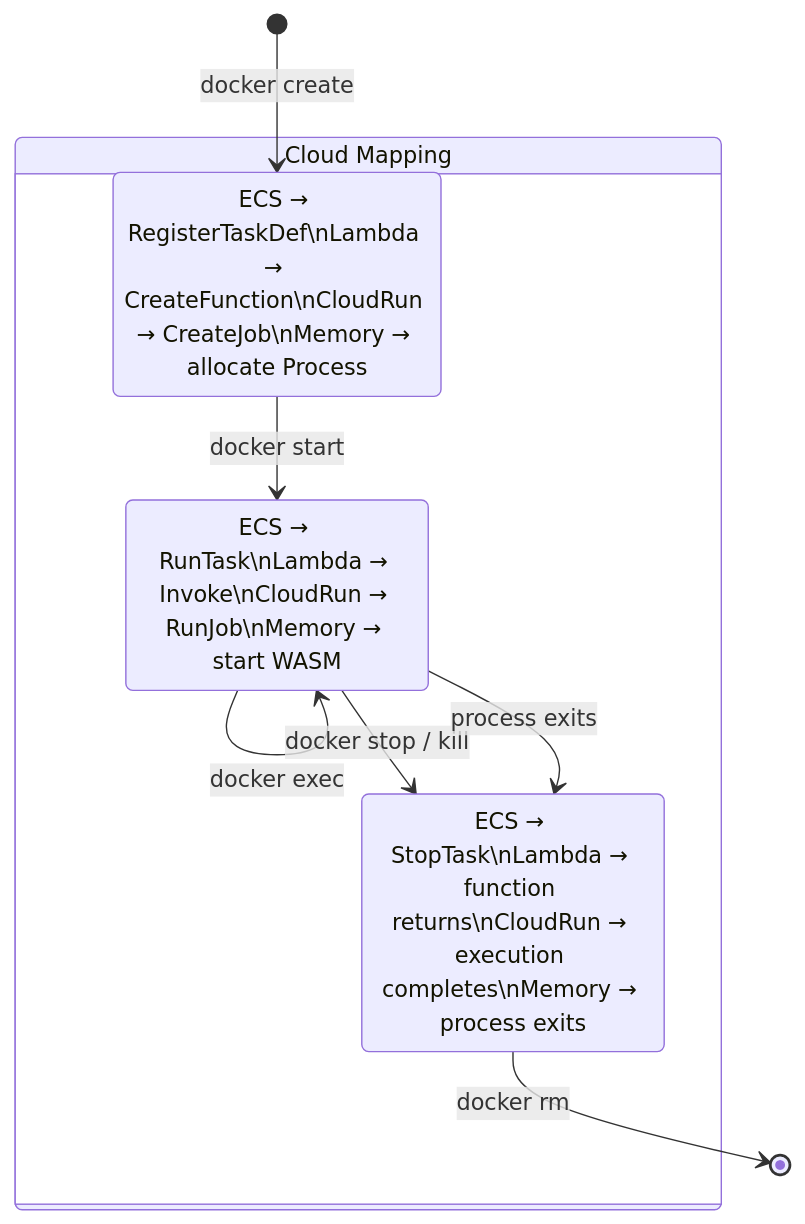
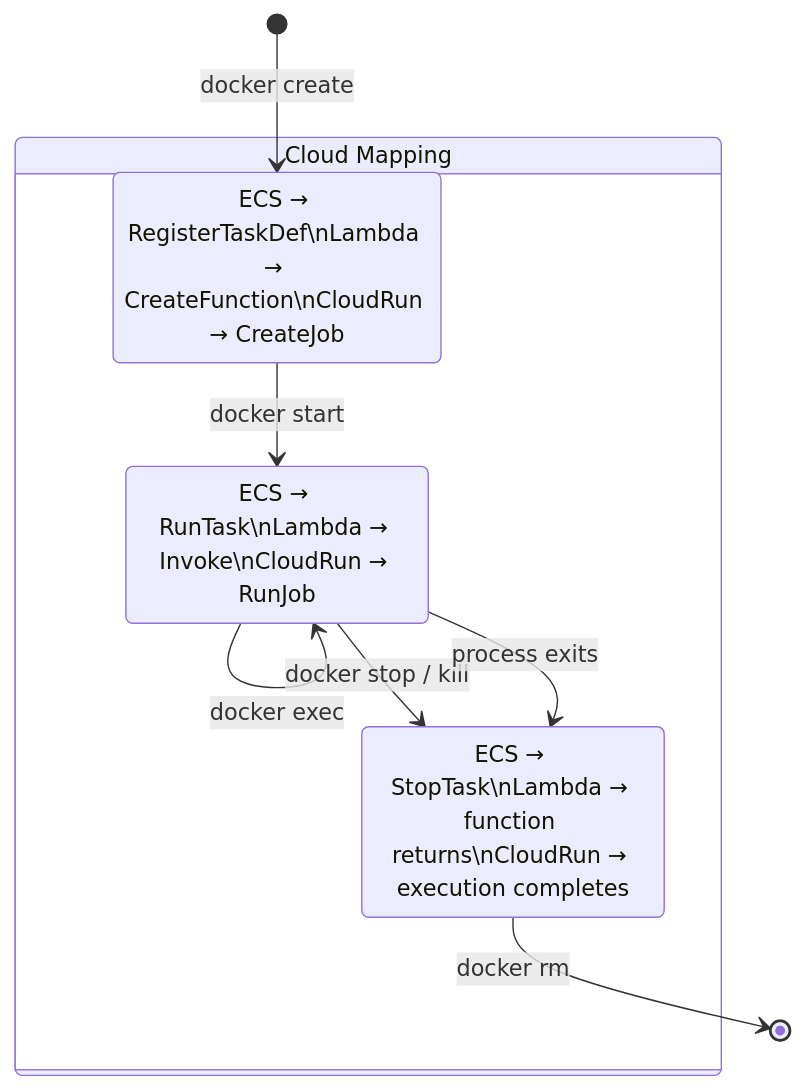
The fourth of 13 diagrams in ARCHITECTURE.md (e6qu/sockerless), drawn with Mermaid before and after one commit. The commit also changed other lines of this file and 9 other files, not shown here.

First line of the commit message:
Remove WASM, memory backend, and synthetic driver references from docs (#94)

````diff
--- a/ARCHITECTURE.md
+++ b/ARCHITECTURE.md
@@ -137,15 +134,15 @@
 ```mermaid
 stateDiagram-v2
     [*] --> Created: docker create
     Created --> Running: docker start
     Running --> Running: docker exec
     Running --> Exited: docker stop / kill
     Running --> Exited: process exits
     Exited --> [*]: docker rm
 
     state "Cloud Mapping" as cloud {
-        Created: ECS → RegisterTaskDef\nLambda → CreateFunction\nCloudRun → CreateJob\nMemory → allocate Process
-        Running: ECS → RunTask\nLambda → Invoke\nCloudRun → RunJob\nMemory → start WASM
-        Exited: ECS → StopTask\nLambda → function returns\nCloudRun → execution completes\nMemory → process exits
+        Created: ECS → RegisterTaskDef\nLambda → CreateFunction\nCloudRun → CreateJob
+        Running: ECS → RunTask\nLambda → Invoke\nCloudRun → RunJob
+        Exited: ECS → StopTask\nLambda → function returns\nCloudRun → execution completes
     }
 ```
````
